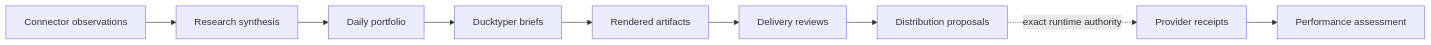
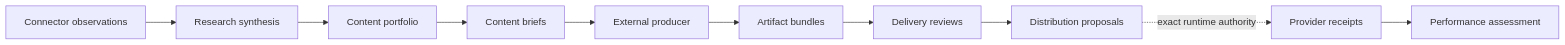
Before and after one commit to profrodai/zeocreator: the diagram in docs/index.md, drawn with Mermaid. The commit also changed other lines of this file and 143 other files, not shown here.

````diff
--- a/docs/index.md
+++ b/docs/index.md
@@ -16,11 +16,12 @@
 ```mermaid
 flowchart LR
     A[Connector observations] --> B[Research synthesis]
-    B --> C[Daily portfolio]
-    C --> D[Ducktyper briefs]
-    D --> E[Rendered artifacts]
-    E --> F[Delivery reviews]
-    F --> G[Distribution proposals]
-    G -. exact runtime authority .-> H[Provider receipts]
-    H --> I[Performance assessment]
+    B --> C[Content portfolio]
+    C --> D[Content briefs]
+    D --> E[External producer]
+    E --> F[Artifact bundles]
+    F --> G[Delivery reviews]
+    G --> H[Distribution proposals]
+    H -. exact runtime authority .-> I[Provider receipts]
+    I --> J[Performance assessment]
 ```
````
